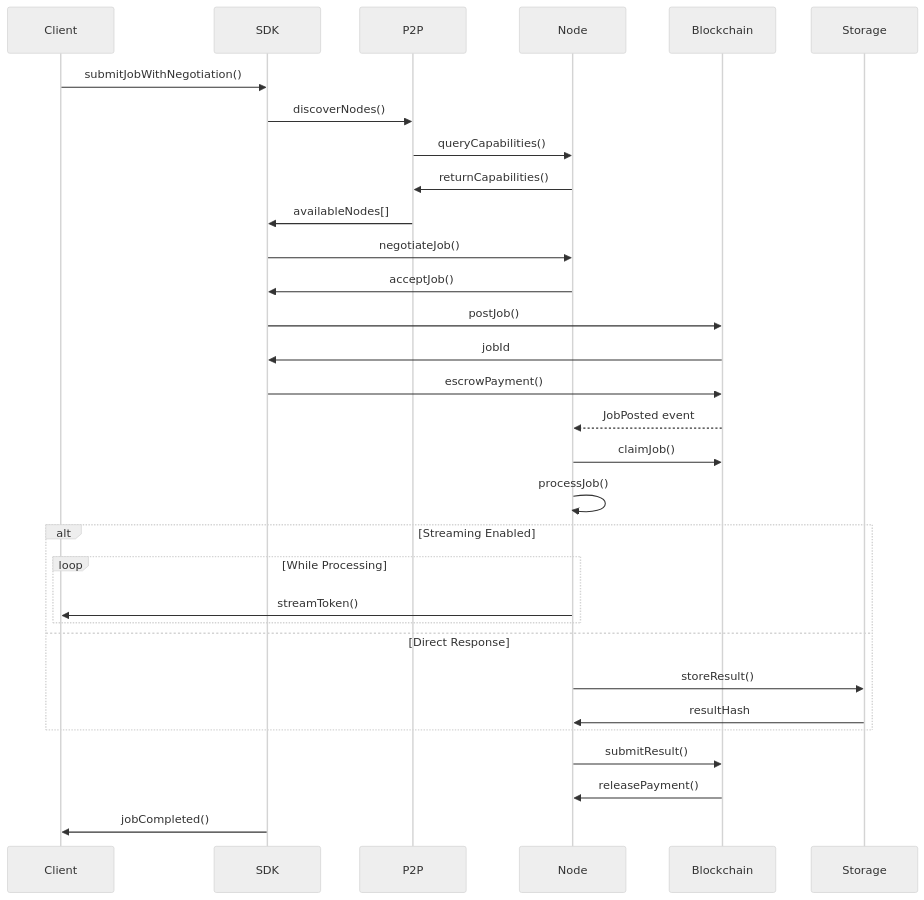
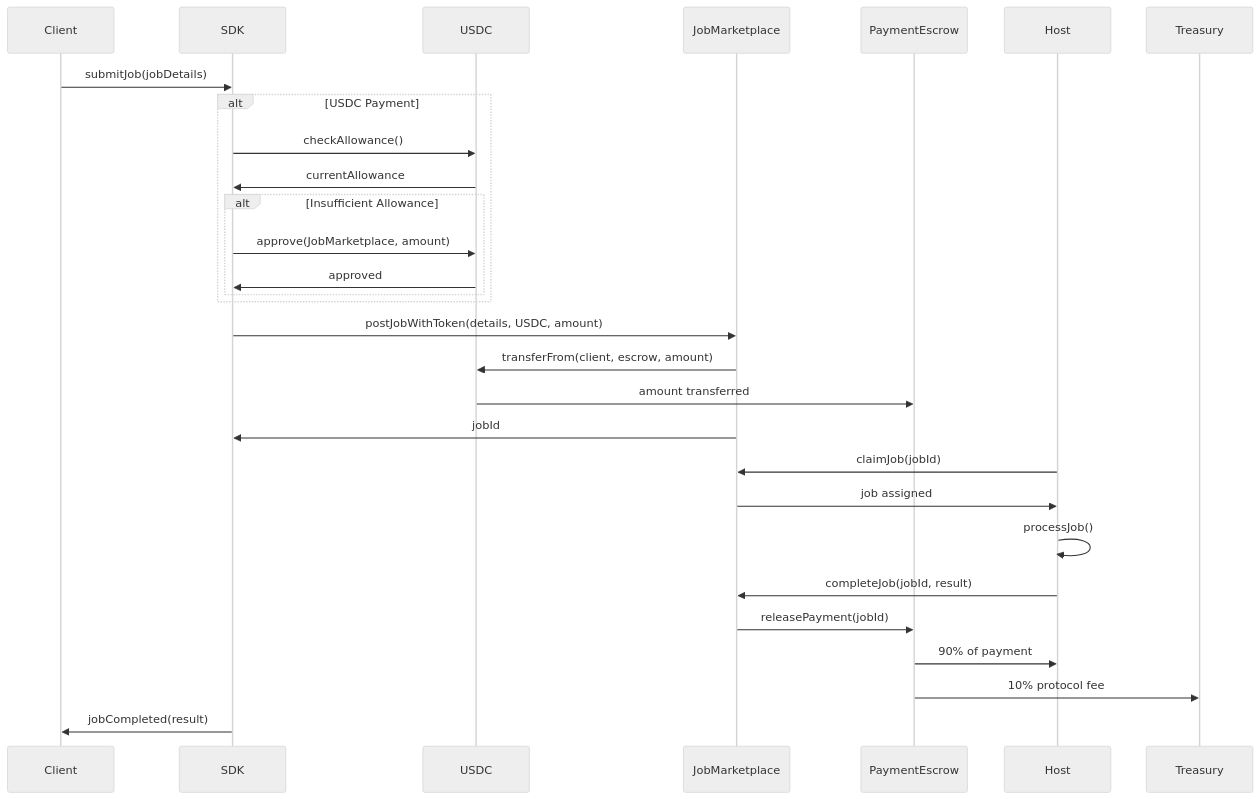
The fifth of 8 diagrams in docs/ARCHITECTURE.md (Fabstir/fabstir-llm-sdk), drawn with Mermaid (neutral theme) before and after one commit. The commit also changed other lines of this file and 5 other files, not shown here.

````diff
--- a/docs/ARCHITECTURE.md
+++ b/docs/ARCHITECTURE.md
@@ -259,40 +271,39 @@
 ```mermaid
 sequenceDiagram
     participant Client
     participant SDK
-    participant P2P
-    participant Node
-    participant Blockchain
-    participant Storage
+    participant USDC
+    participant JobMarketplace
+    participant PaymentEscrow
+    participant Host
+    participant Treasury
     
-    Client->>SDK: submitJobWithNegotiation()
-    SDK->>P2P: discoverNodes()
-    P2P->>Node: queryCapabilities()
-    Node->>P2P: returnCapabilities()
-    P2P->>SDK: availableNodes[]
+    Client->>SDK: submitJob(jobDetails)
     
-    SDK->>Node: negotiateJob()
-    Node->>SDK: acceptJob()
-    
-    SDK->>Blockchain: postJob()
-    Blockchain->>SDK: jobId
-    
-    SDK->>Blockchain: escrowPayment()
-    Blockchain-->>Node: JobPosted event
-    
-    Node->>Blockchain: claimJob()
-    Node->>Node: processJob()
-    
-    alt Streaming Enabled
-        loop While Processing
-            Node->>Client: streamToken()
+    alt USDC Payment
+        SDK->>USDC: checkAllowance()
+        USDC->>SDK: currentAllowance
+        
+        alt Insufficient Allowance
+            SDK->>USDC: approve(JobMarketplace, amount)
+            USDC->>SDK: approved
         end
-    else Direct Response
-        Node->>Storage: storeResult()
-        Storage->>Node: resultHash
     end
     
-    Node->>Blockchain: submitResult()
-    Blockchain->>Node: releasePayment()
-    SDK->>Client: jobCompleted()
+    SDK->>JobMarketplace: postJobWithToken(details, USDC, amount)
+    JobMarketplace->>USDC: transferFrom(client, escrow, amount)
+    USDC->>PaymentEscrow: amount transferred
+    JobMarketplace->>SDK: jobId
+    
+    Host->>JobMarketplace: claimJob(jobId)
+    JobMarketplace->>Host: job assigned
+    
+    Host->>Host: processJob()
+    Host->>JobMarketplace: completeJob(jobId, result)
+    
+    JobMarketplace->>PaymentEscrow: releasePayment(jobId)
+    PaymentEscrow->>Host: 90% of payment
+    PaymentEscrow->>Treasury: 10% protocol fee
+    
+    SDK->>Client: jobCompleted(result)
 ```
````
